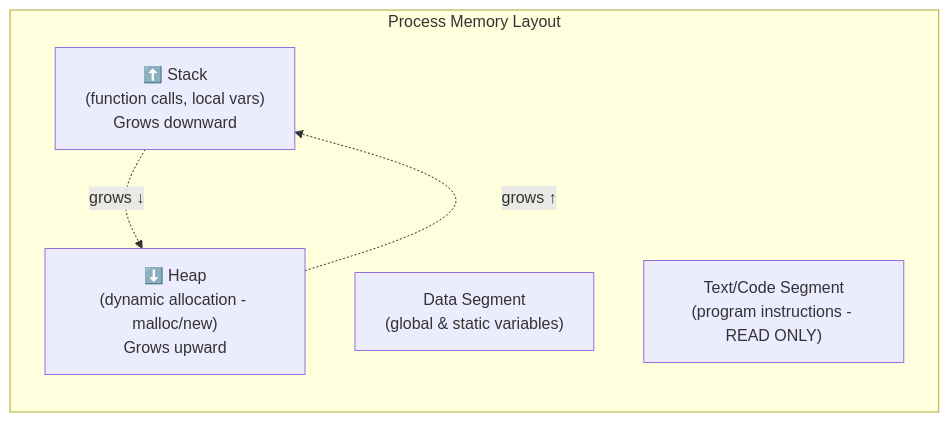
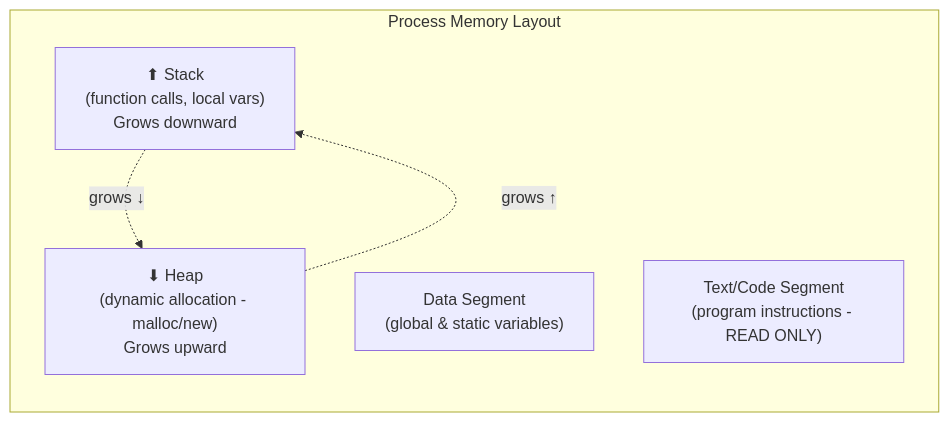
The first of 4 diagrams in 01-Semester-V/CS-302-MJ-T-Operating-Systems/Unit-2.md (amitdevx/TY), drawn with Mermaid before and after one commit. The commit also changed other lines of this file and 186 other files, not shown here.

````diff
--- a/01-Semester-V/CS-302-MJ-T-Operating-Systems/Unit-2.md
+++ b/01-Semester-V/CS-302-MJ-T-Operating-Systems/Unit-2.md
@@ -56,12 +59,12 @@
 ```mermaid
 graph TD
     subgraph Process["Process Memory Layout"]
         direction TB
-        A["⬆️ Stack\n(function calls, local vars)\nGrows downward"]
-        B["⬇️ Heap\n(dynamic allocation - malloc/new)\nGrows upward"]
-        C["Data Segment\n(global & static variables)"]
-        D["Text/Code Segment\n(program instructions - READ ONLY)"]
+        A["⬆ Stack<br/>(function calls, local vars)<br/>Grows downward"]
+        B["⬇ Heap<br/>(dynamic allocation - malloc/new)<br/>Grows upward"]
+        C["Data Segment<br/>(global & static variables)"]
+        D["Text/Code Segment<br/>(program instructions - READ ONLY)"]
     end
     A -.->|"grows ↓"| B
     B -.->|"grows ↑"| A
 ```
````
